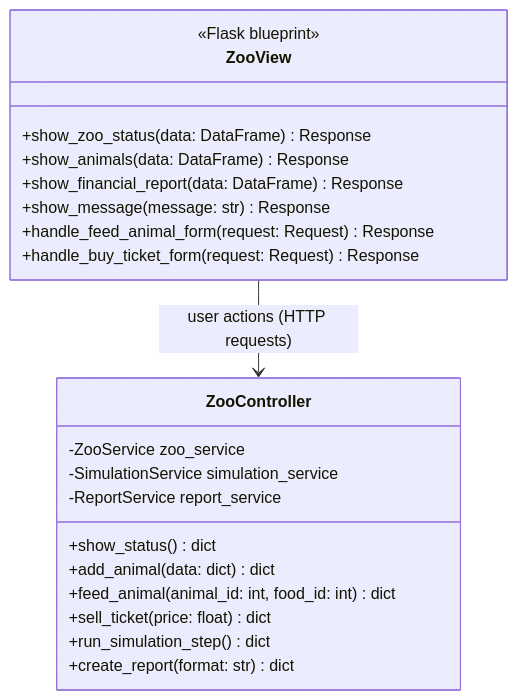
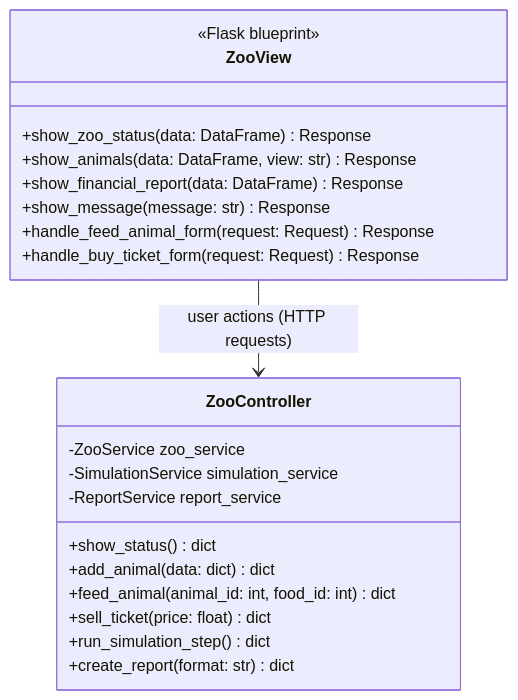
One commit to Darnell-Beganovic/zms-BBS changed the diagram in zoo_simulation/docs/planning_frontend_alessio.md. Above: the diagram before and after it, drawn with Mermaid. The commit also changed other lines of this file, not shown here.

````diff
--- a/zoo_simulation/docs/planning_frontend_alessio.md
+++ b/zoo_simulation/docs/planning_frontend_alessio.md
@@ -33,28 +33,28 @@
 ```mermaid
 classDiagram
     direction TB
 
     class ZooView {
         <<Flask blueprint>>
         +show_zoo_status(data: DataFrame) Response
-        +show_animals(data: DataFrame) Response
+        +show_animals(data: DataFrame, view: str) Response
         +show_financial_report(data: DataFrame) Response
         +show_message(message: str) Response
         +handle_feed_animal_form(request: Request) Response
         +handle_buy_ticket_form(request: Request) Response
     }
 
     class ZooController {
         -ZooService zoo_service
         -SimulationService simulation_service
         -ReportService report_service
         +show_status() dict
         +add_animal(data: dict) dict
         +feed_animal(animal_id: int, food_id: int) dict
         +sell_ticket(price: float) dict
         +run_simulation_step() dict
         +create_report(format: str) dict
     }
 
     ZooView --> ZooController : user actions (HTTP requests)
 ```
````
